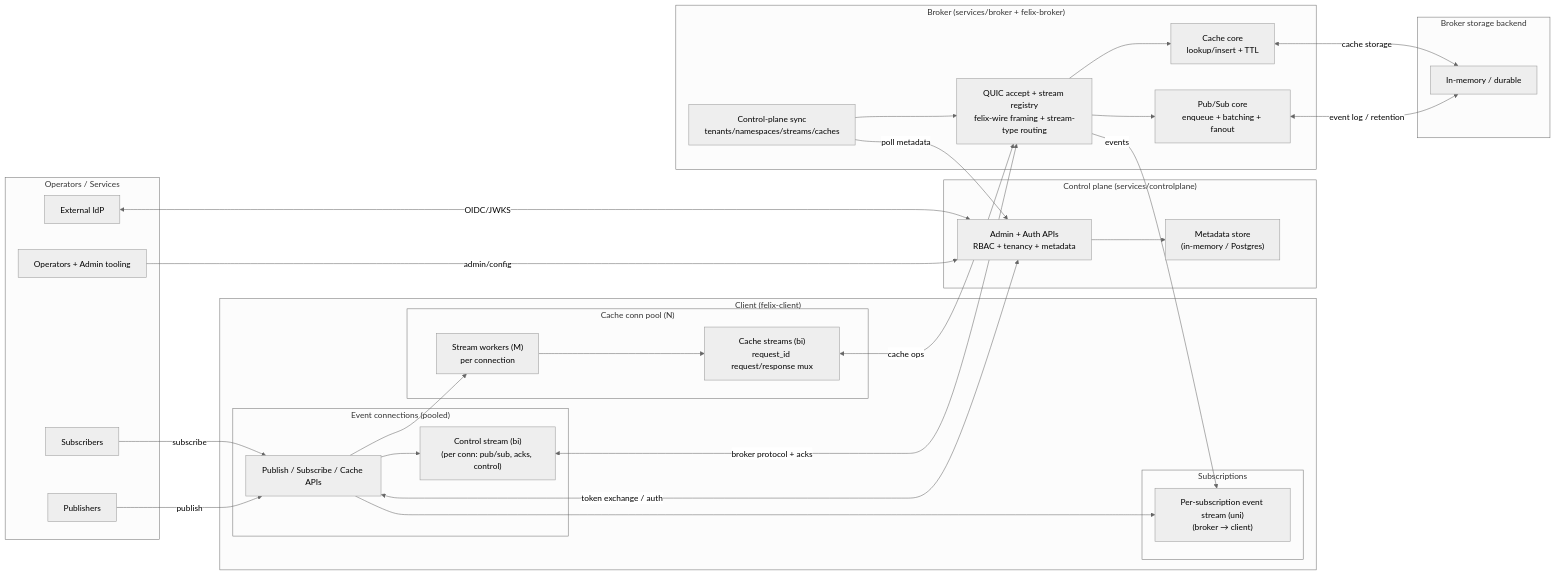
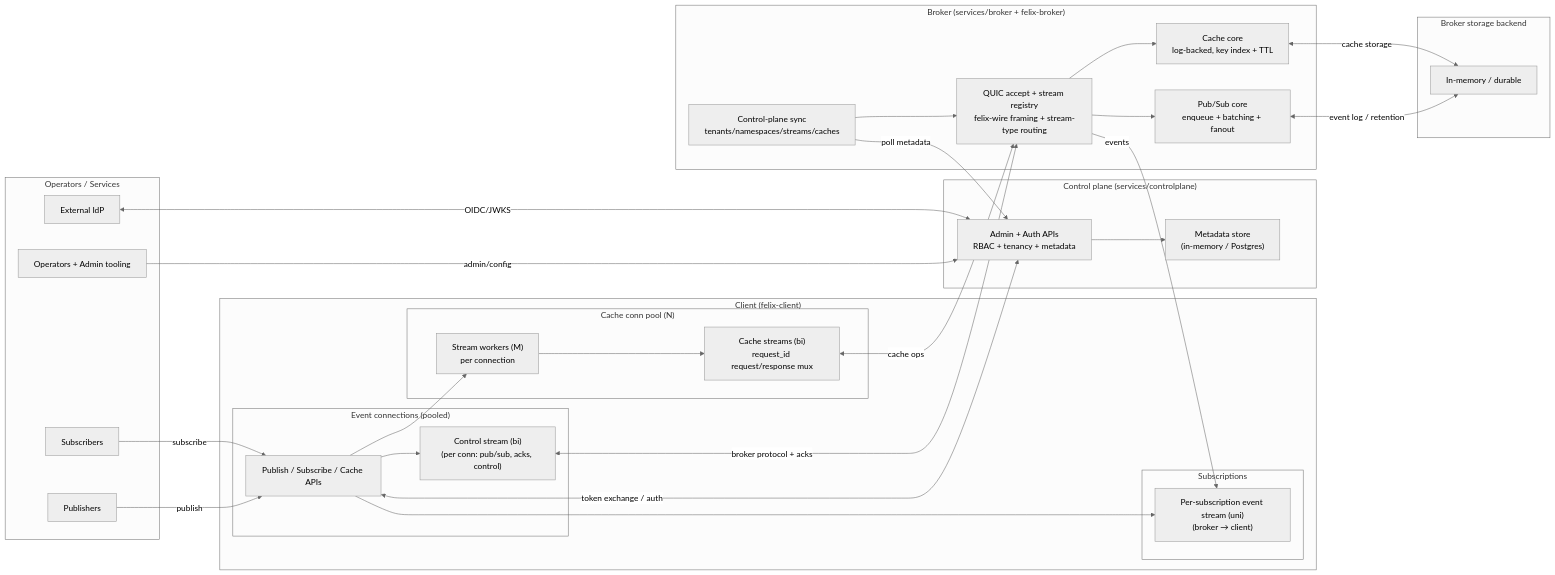
Before and after one commit to gabloe/felix: the diagram in README.md, drawn with Mermaid (neutral theme). The commit also changed other lines of this file and 14 other files, not shown here.

````diff
--- a/README.md
+++ b/README.md
@@ -87,64 +87,64 @@
 ```mermaid
 flowchart LR
     subgraph OPS["Operators / Services"]
         Op["Operators + Admin tooling"]
         PubSvc["Publishers"]
         SubSvc["Subscribers"]
         IdP["External IdP"]
     end
 
     subgraph C["Client (felix-client)"]
         API["Publish / Subscribe / Cache APIs"]
 
         subgraph EVC["Event connections (pooled)"]
             Ctrl["Control stream (bi)<br/>(per conn: pub/sub, acks, control)"]
             API --> Ctrl
         end
 
         subgraph SUBS["Subscriptions"]
             SubU["Per-subscription event stream (uni)<br/>(broker → client)"]
         end
         API --> SubU
 
         subgraph CCP["Cache conn pool (N)"]
             SW["Stream workers (M)<br/>per connection"]
             CacheS["Cache streams (bi)<br/>request_id request/response mux"]
             API --> SW
             SW --> CacheS
         end
     end
 
     subgraph CP["Control plane (services/controlplane)"]
         CPAPI["Admin + Auth APIs<br/>RBAC + tenancy + metadata"]
         Store["Metadata store<br/>(in-memory / Postgres)"]
         CPAPI --> Store
     end
 
     subgraph B["Broker (services/broker + felix-broker)"]
         Ingress["QUIC accept + stream registry<br/>felix-wire framing + stream-type routing"]
         PS["Pub/Sub core<br/>enqueue + batching + fanout"]
-        Cache["Cache core<br/>lookup/insert + TTL"]
+        Cache["Cache core<br/>log-backed, key index + TTL"]
         Sync["Control-plane sync<br/>tenants/namespaces/streams/caches"]
 
         Ingress --> PS
         Ingress --> Cache
         Sync --> Ingress
     end
 
     subgraph BS["Broker storage backend"]
         StoreB["In-memory / durable"]
     end
 
     Op --> |admin/config| CPAPI
     PubSvc --> |publish| API
     SubSvc --> |subscribe| API
 
     Ctrl <--> |broker protocol + acks| Ingress
     Ingress --> |events| SubU
     CacheS <--> |cache ops| Ingress
     IdP <--> |OIDC/JWKS| CPAPI
     API <--> |token exchange / auth| CPAPI
     Sync --> |poll metadata| CPAPI
     PS <--> |event log / retention| StoreB
     Cache <--> |cache storage| StoreB
 ```
````
